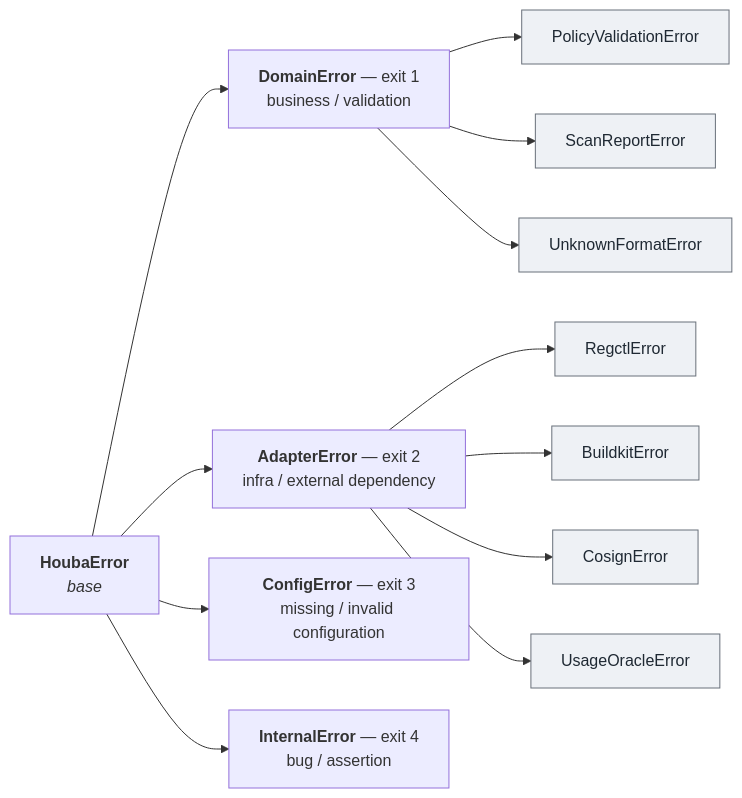
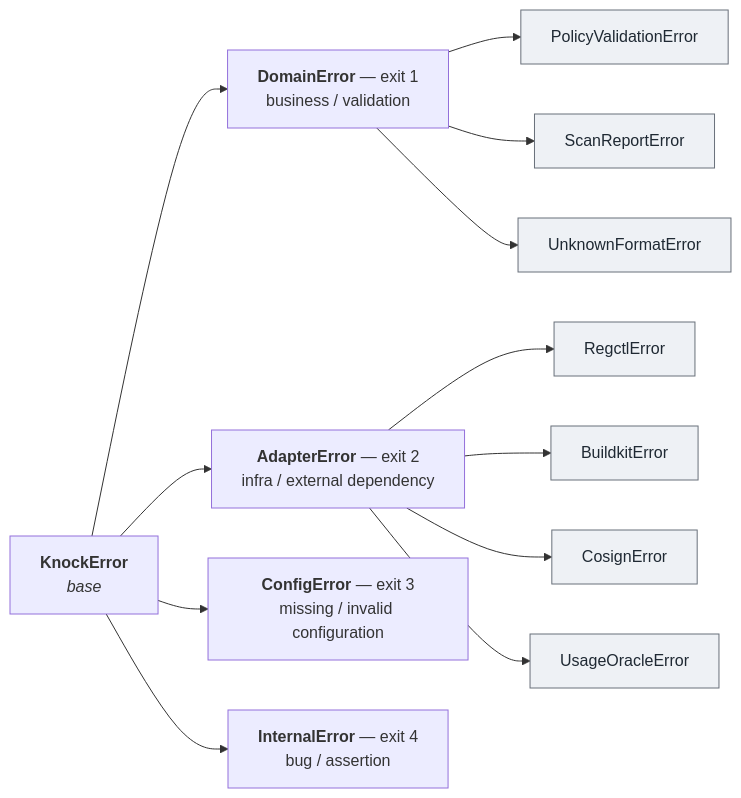
The second of 2 diagrams in docs/architecture/design.md (trivoallan/knock), drawn with Mermaid before and after one commit. The commit also changed other lines of this file and 484 other files, not shown here.

First line of the commit message:
refactor!: rename houba → knock (knock-oci on PyPI; KNOCK_/io.knock contracts) (#193)

````diff
--- a/docs/architecture/design.md
+++ b/docs/architecture/design.md
@@ -291,30 +291,30 @@
 ```mermaid
 flowchart LR
-    base["<b>HoubaError</b><br/><i>base</i>"]
+    base["<b>KnockError</b><br/><i>base</i>"]
     dom["<b>DomainError</b> — exit 1<br/>business / validation"]
     adp["<b>AdapterError</b> — exit 2<br/>infra / external dependency"]
     cfg["<b>ConfigError</b> — exit 3<br/>missing / invalid configuration"]
     intl["<b>InternalError</b> — exit 4<br/>bug / assertion"]
     pol["PolicyValidationError"]
     scan["ScanReportError"]
     fmt["UnknownFormatError"]
     reg["RegctlError"]
     bk["BuildkitError"]
     cos["CosignError"]
     orc["UsageOracleError"]
 
     base --> dom
     base --> adp
     base --> cfg
     base --> intl
     dom --> pol
     dom --> scan
     dom --> fmt
     adp --> reg
     adp --> bk
     adp --> cos
     adp --> orc
 
     classDef leaf fill:#eef1f5,stroke:#69707a,color:#1f2933;
     class pol,scan,fmt,reg,bk,cos,orc leaf;
 ```
````
